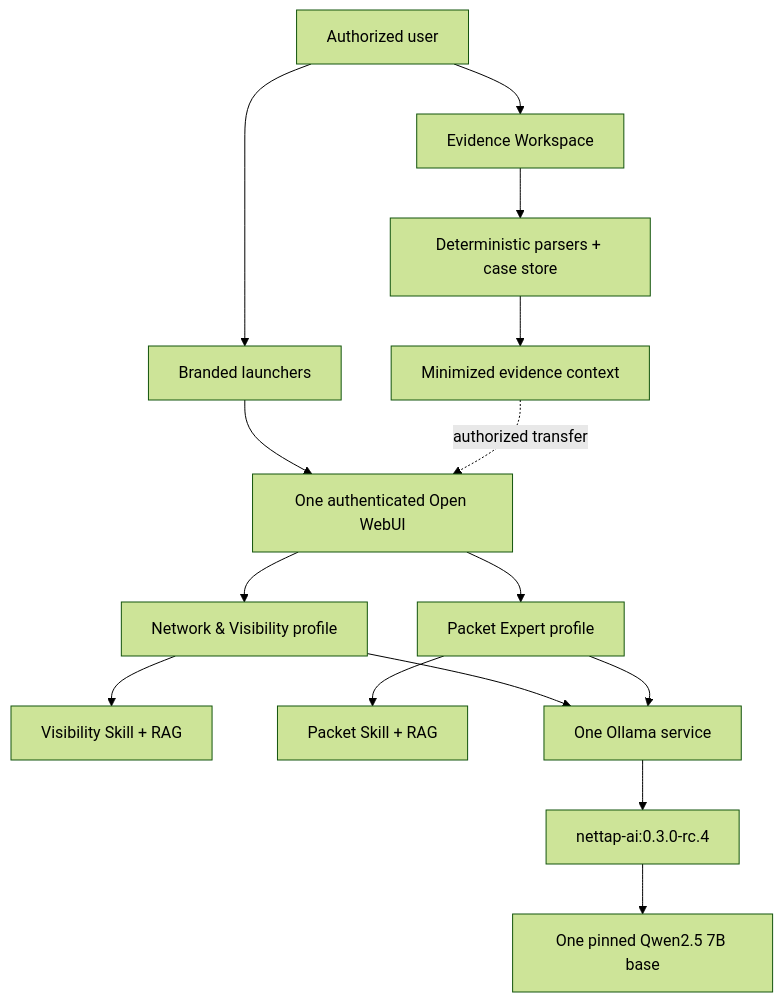
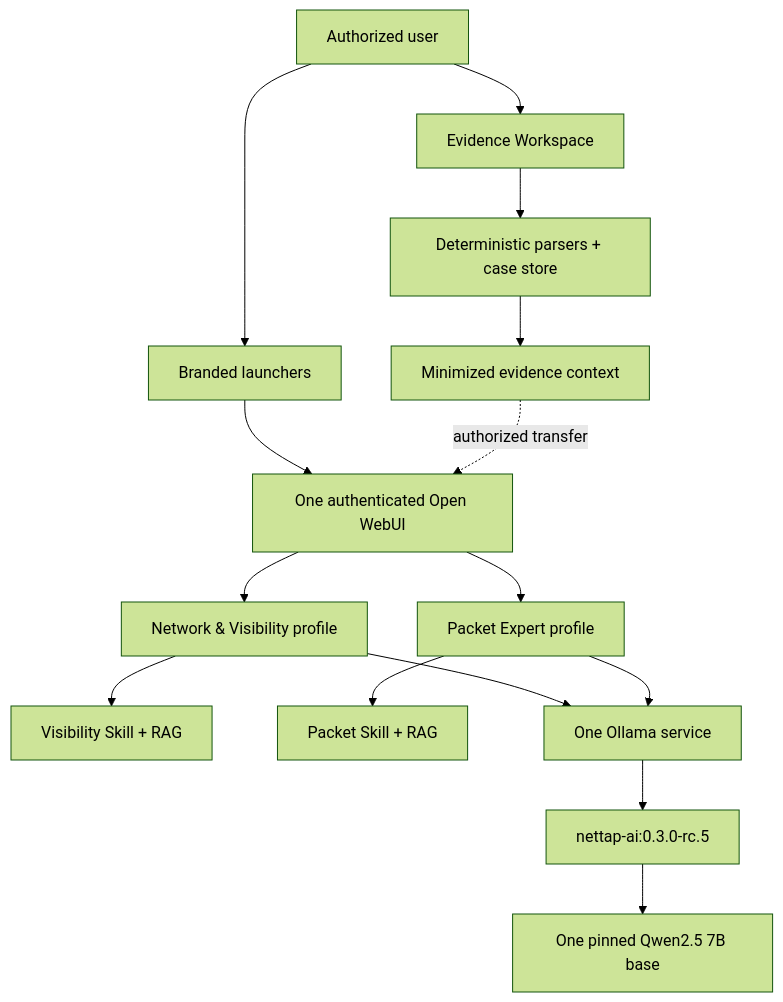
The first of 2 diagrams in docs/ARCHITECTURE.md (mpdwyer2367/nettap-packet-expert), drawn with Mermaid (forest theme) before and after one commit. The commit also changed other lines of this file and 56 other files, not shown here.

````diff
--- a/docs/ARCHITECTURE.md
+++ b/docs/ARCHITECTURE.md
@@ -7,17 +7,17 @@
 ```mermaid
 flowchart TB
     U["Authorized user"] --> L["Branded launchers"]
     L --> W["One authenticated Open WebUI"]
     W --> V["Network & Visibility profile"]
     W --> P["Packet Expert profile"]
     V --> VR["Visibility Skill + RAG"]
     P --> PR["Packet Skill + RAG"]
     V --> O["One Ollama service"]
     P --> O
-    O --> M["nettap-ai:0.3.0-rc.4"]
+    O --> M["nettap-ai:0.3.0-rc.5"]
     M --> Q["One pinned Qwen2.5 7B base"]
     U --> E["Evidence Workspace"]
     E --> D["Deterministic parsers + case store"]
     D --> X["Minimized evidence context"]
     X -. "authorized transfer" .-> W
 ```
````
